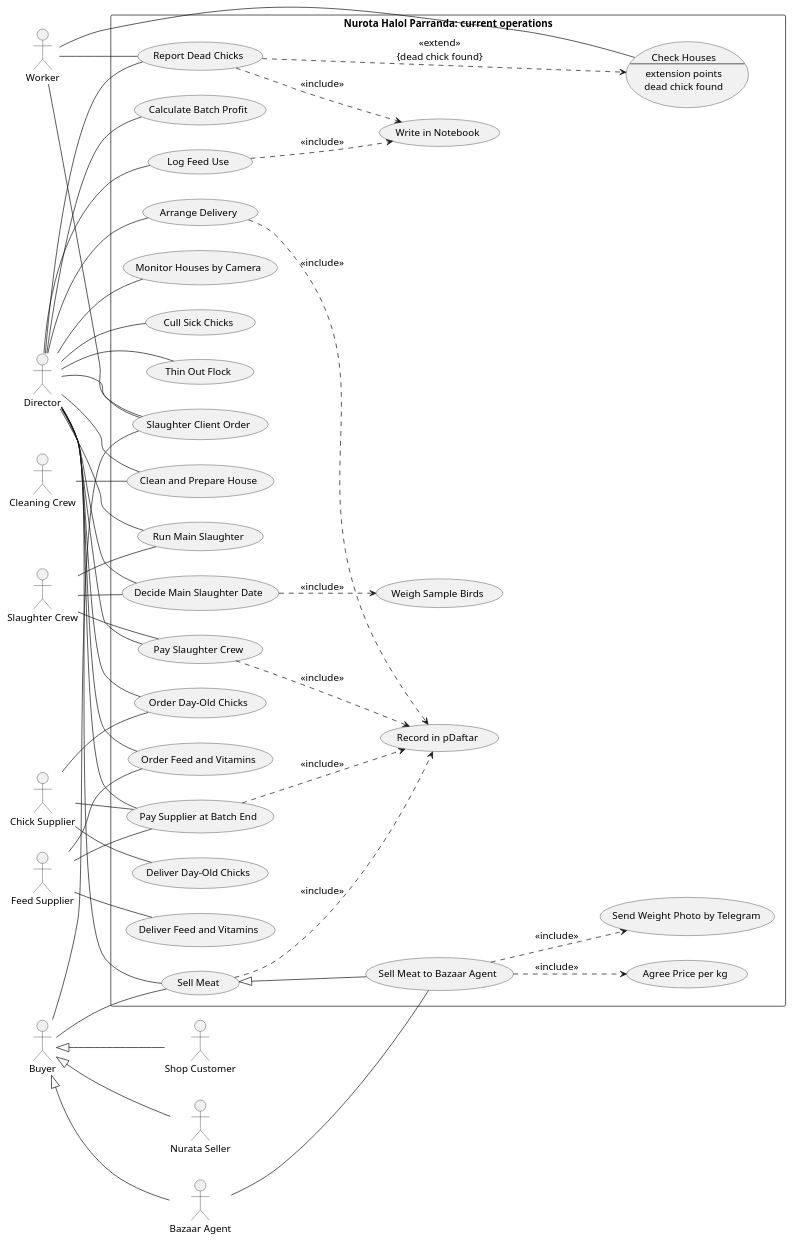
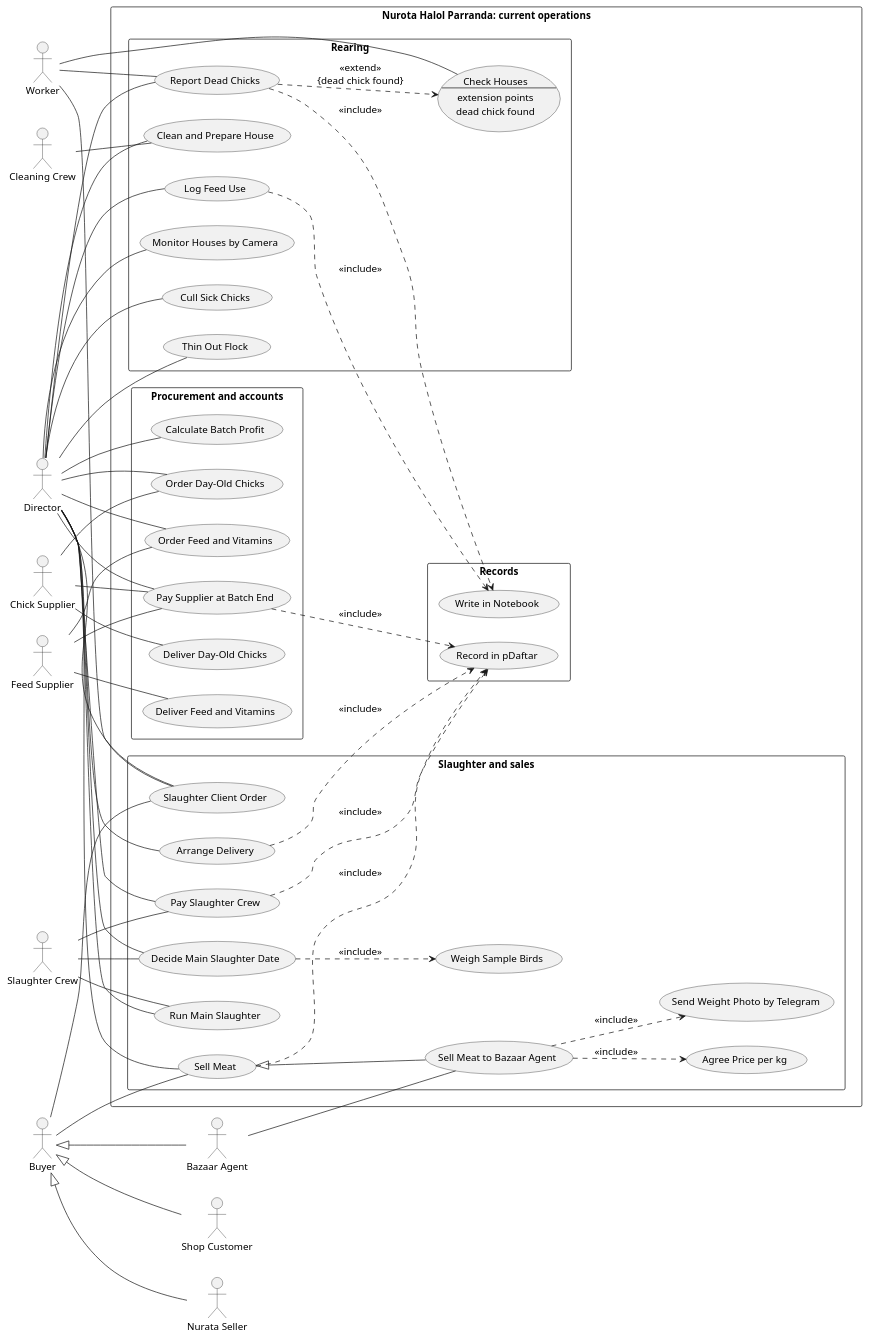
One commit to MuzaffarNurillaew/sad changed the diagram in diagrams/use-case-diagram.puml. Above: the diagram before and after it, drawn with PlantUML. The commit also changed other lines of this file and 10 other files, not shown here.

First line of the commit message:
Split use case diagram into three figures by batch stage

```diff
--- a/diagrams/use-case-diagram.puml
+++ b/diagrams/use-case-diagram.puml
@@ -11,90 +13,97 @@
 @startuml
 left to right direction
 skinparam packageStyle rectangle
 skinparam shadowing false
 skinparam defaultFontSize 14
 actor "Worker" as WK
 actor "Director" as DIR
-actor "Slaughter Crew" as CREW
+actor "Cleaning Crew" as CLC
 actor "Chick Supplier" as CSUP
 actor "Feed Supplier" as FSUP
-actor "Cleaning Crew" as CLC
+actor "Slaughter Crew" as CREW
 actor "Buyer" as BUY
 actor "Bazaar Agent" as BA
 actor "Nurata Seller" as NS
 actor "Shop Customer" as SHC
 rectangle "Nurota Halol Parranda: current operations" {
-  usecase "Check Houses\n--\nextension points\ndead chick found" as CH
-  usecase "Report Dead Chicks" as RD
-  usecase "Log Feed Use" as LF
-  usecase "Write in Notebook" as NB
-  usecase "Monitor Houses by Camera" as MC
-  usecase "Cull Sick Chicks" as CS
-  usecase "Thin Out Flock" as TF
-  usecase "Slaughter Client Order" as SC
-  usecase "Decide Main Slaughter Date" as DS
-  usecase "Weigh Sample Birds" as WS
-  usecase "Run Main Slaughter" as MS
-  usecase "Clean and Prepare House" as CLN
-  usecase "Order Day-Old Chicks" as OC
-  usecase "Deliver Day-Old Chicks" as DC
-  usecase "Order Feed and Vitamins" as OF
-  usecase "Deliver Feed and Vitamins" as DF
-  usecase "Pay Supplier at Batch End" as PY
-  usecase "Pay Slaughter Crew" as PC
-  usecase "Record in pDaftar" as PD
-  usecase "Calculate Batch Profit" as CP
-  usecase "Arrange Delivery" as AD
-  usecase "Sell Meat" as SM
-  usecase "Sell Meat to Bazaar Agent" as SMBA
-  usecase "Agree Price per kg" as AP
-  usecase "Send Weight Photo by Telegram" as WP
+  package "Rearing" {
+    usecase "Clean and Prepare House" as CLN
+    usecase "Check Houses\n--\nextension points\ndead chick found" as CH
+    usecase "Report Dead Chicks" as RD
+    usecase "Log Feed Use" as LF
+    usecase "Monitor Houses by Camera" as MC
+    usecase "Cull Sick Chicks" as CS
+    usecase "Thin Out Flock" as TF
+  }
+  package "Procurement and accounts" {
+    usecase "Order Day-Old Chicks" as OC
+    usecase "Deliver Day-Old Chicks" as DC
+    usecase "Order Feed and Vitamins" as OF
+    usecase "Deliver Feed and Vitamins" as DF
+    usecase "Pay Supplier at Batch End" as PY
+    usecase "Calculate Batch Profit" as CP
+  }
+  package "Slaughter and sales" {
+    usecase "Decide Main Slaughter Date" as DS
+    usecase "Weigh Sample Birds" as WS
+    usecase "Run Main Slaughter" as MS
+    usecase "Pay Slaughter Crew" as PC
+    usecase "Slaughter Client Order" as SC
+    usecase "Arrange Delivery" as AD
+    usecase "Sell Meat" as SM
+    usecase "Sell Meat to Bazaar Agent" as SMBA
+    usecase "Agree Price per kg" as AP
+    usecase "Send Weight Photo by Telegram" as WP
+  }
+  package "Records" {
+    usecase "Write in Notebook" as NB
+    usecase "Record in pDaftar" as PD
+  }
 }
 WK -- RD
 WK -- SC
+DIR -- CLN
 DIR -- RD
 DIR -- LF
 DIR -- MC
 DIR -- CS
 DIR -- TF
-DIR -- CP
-DIR -- CLN
 DIR -- OC
 DIR -- OF
 DIR -- PY
 DIR -- DS
 DIR -- MS
 DIR -- PC
 DIR -- SC
 DIR -- AD
 DIR -- SM
+DIR -- CP
 RD ..> CH : <<extend>>\n{dead chick found}
 RD ..> NB : <<include>>
 LF ..> NB : <<include>>
+DS ..> WS : <<include>>
 PY ..> PD : <<include>>
 PC ..> PD : <<include>>
 AD ..> PD : <<include>>
 SM ..> PD : <<include>>
-DS ..> WS : <<include>>
 SM <|-- SMBA
 SMBA ..> AP : <<include>>
 SMBA ..> WP : <<include>>
+CLC -- CLN
 CSUP -- OC
 CSUP -- DC
 CSUP -- PY
 FSUP -- OF
 FSUP -- DF
 FSUP -- PY
+CREW -- DS
 CREW -- MS
-CREW -- DS
 CREW -- PC
-CLC -- CLN
+BUY -- SC
 BUY -- SM
-BUY -- SC
 BA -- SMBA
 BUY <|-- BA
 BUY <|-- NS
 BUY <|-- SHC
-NB -[hidden]- CH
 CH -- WK
 @enduml
```
